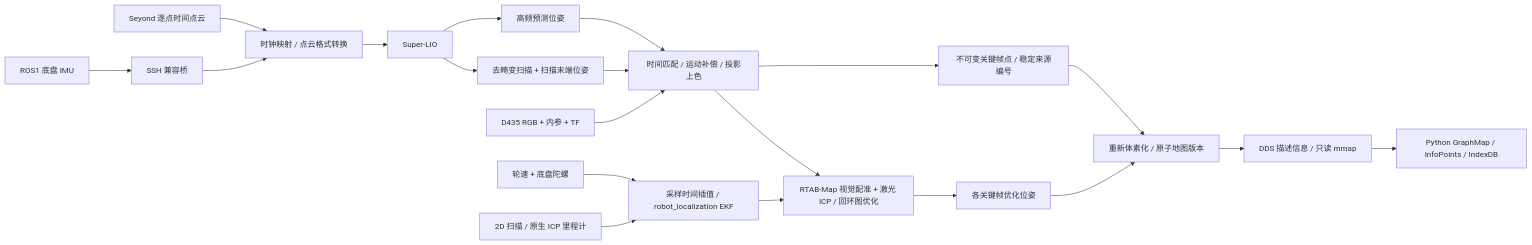
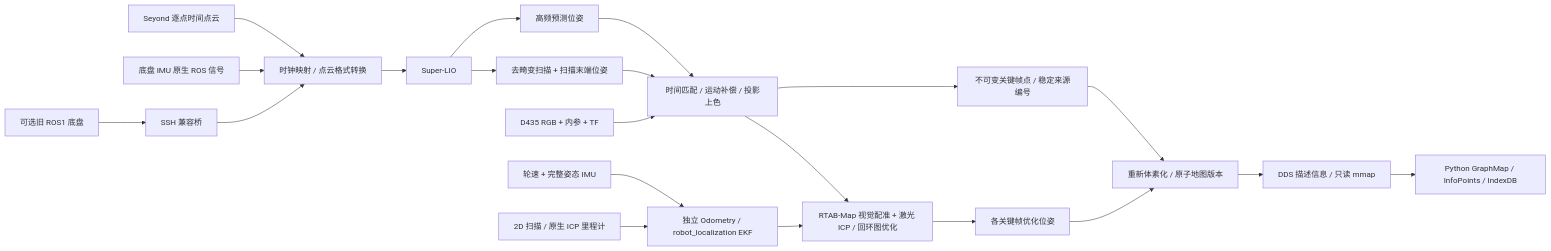
The diagram in docs/mapping.md (GrayFL/RSim), drawn with Mermaid before and after one commit. The commit also changed other lines of this file and 31 other files, not shown here.

````diff
--- a/docs/mapping.md
+++ b/docs/mapping.md
@@ -7,22 +7,23 @@
 ```mermaid
 flowchart LR
     L[Seyond 逐点时间点云] --> I[时钟映射 / 点云格式转换]
-    C[ROS1 底盘 IMU] --> B[SSH 兼容桥]
+    C[底盘 IMU 原生 ROS 信号] --> I
+    C1[可选旧 ROS1 底盘] --> B[SSH 兼容桥]
     B --> I
     I --> S[Super-LIO]
     S --> O[去畸变扫描 + 扫描末端位姿]
     S --> H[高频预测位姿]
     D[D435 RGB + 内参 + TF] --> J[时间匹配 / 运动补偿 / 投影上色]
     O --> J
     H --> J
-    W[轮速 + 底盘陀螺] --> F[采样时间插值 / robot_localization EKF]
+    W[轮速 + 完整姿态 IMU] --> F[独立 Odometry / robot_localization EKF]
     Q[2D 扫描 / 原生 ICP 里程计] --> F
     F --> R[RTAB-Map 视觉配准 + 激光 ICP / 回环图优化]
     J --> R
     J --> K[不可变关键帧点 / 稳定来源编号]
     R --> G[各关键帧优化位姿]
     K --> M[重新体素化 / 原子地图版本]
     G --> M
     M --> E[DDS 描述信息 / 只读 mmap]
     E --> A[Python GraphMap / InfoPoints / IndexDB]
 ```
````
